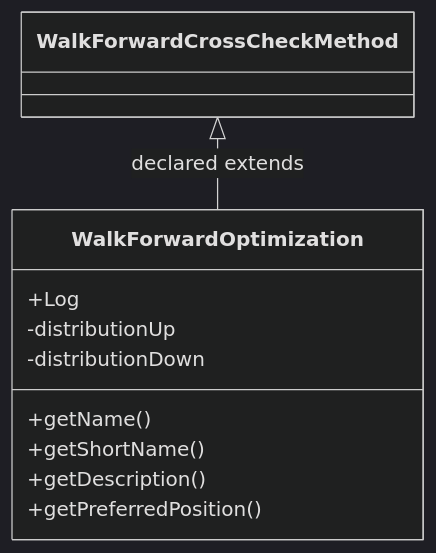
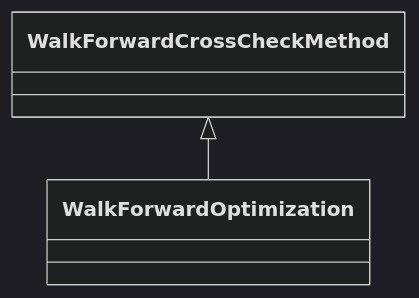
The diagram in docs/sqx/Shared/CrossCheckWalkForwardOptimization.md (haruperi/HaruQuantAI), drawn with Mermaid (dark theme) before and after one commit. The commit also changed other lines of this file and 1688 other files, not shown here.

````diff
--- a/docs/sqx/Shared/CrossCheckWalkForwardOptimization.md
+++ b/docs/sqx/Shared/CrossCheckWalkForwardOptimization.md
@@ -30,14 +26,6 @@
 ```mermaid
 classDiagram
-    class Caee7b2a7bd5d["WalkForwardOptimization"] {
-        +Log
-        -distributionUp
-        -distributionDown
-        +getName()
-        +getShortName()
-        +getDescription()
-        +getPreferredPosition()
-    }
-    class C04861b02b3ff["WalkForwardCrossCheckMethod"]
-    C04861b02b3ff <|-- Caee7b2a7bd5d : declared extends
+    class C0["WalkForwardOptimization"]
+    class E0["WalkForwardCrossCheckMethod"]
+    E0 <|-- C0
 ```
````
